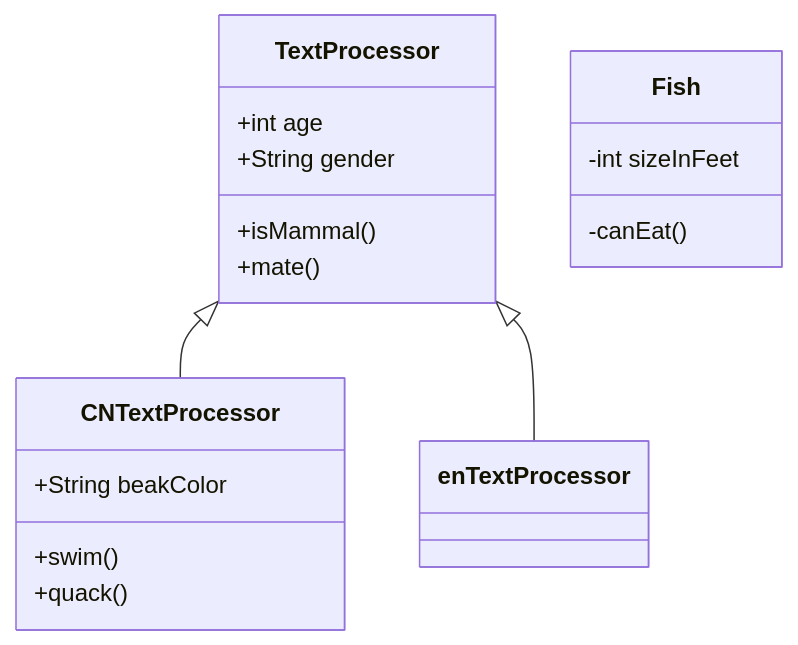
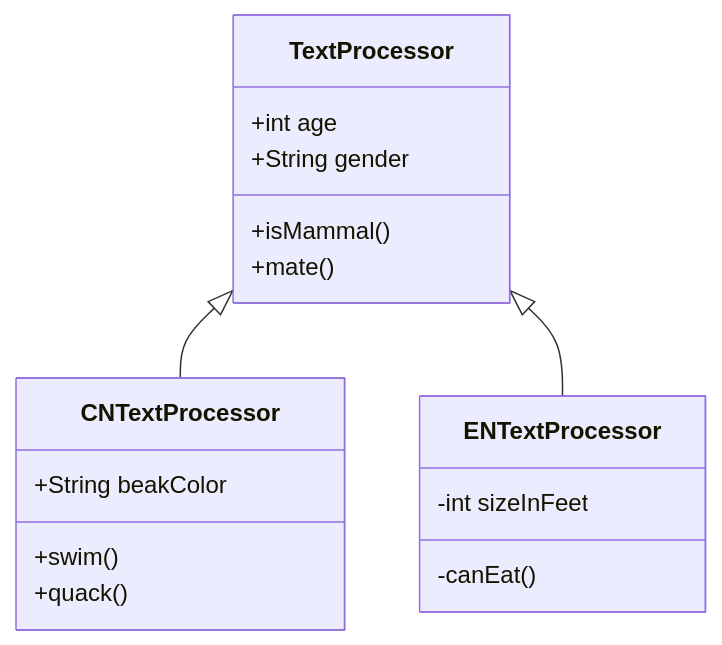
Before and after one commit to Jason-DancingBoy/iodraw-files: the diagram in all/未命名.md, drawn with Mermaid.

Commit message:
2026-01-02 20:31:37 update

````diff
--- a/all/未命名.md
+++ b/all/未命名.md
@@ -1,19 +1,19 @@
 ```mermaid
 classDiagram
     TextProcessor <|-- CNTextProcessor
-    TextProcessor <|-- enTextProcessor
+    TextProcessor <|-- ENTextProcessor
     TextProcessor : +int age
     TextProcessor : +String gender
     TextProcessor: +isMammal()
     TextProcessor: +mate()
     class CNTextProcessor{
       +String beakColor
       +swim()
       +quack()
     }
-    class Fish{
+    class ENTextProcessor{
       -int sizeInFeet
       -canEat()
     }
             
 ```
````
